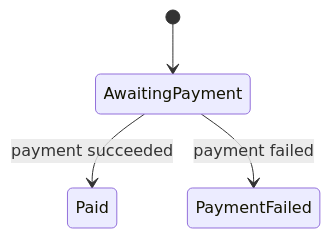
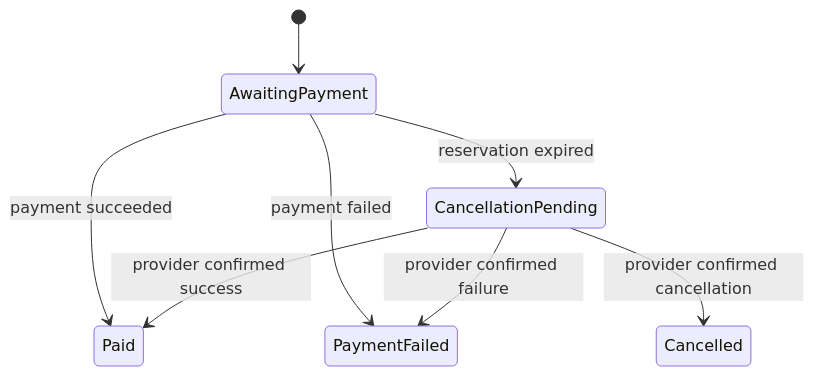
One commit to yuweiyang9611/CSharp_Implementation_of_DesignPatterns changed the sixth of 6 diagrams in labs/ReliableCheckout/README.md. Above: the diagram before and after it, drawn with Mermaid. The commit also changed other lines of this file and 77 other files, not shown here.

````diff
--- a/labs/ReliableCheckout/README.md
+++ b/labs/ReliableCheckout/README.md
@@ -239,9 +242,13 @@
 ```mermaid
 stateDiagram-v2
     state "AwaitingPayment" as A
     state "Paid" as P
     state "PaymentFailed" as F
     [*] --> A
     A --> P: payment succeeded
     A --> F: payment failed
+    A --> CancellationPending: reservation expired
+    CancellationPending --> Cancelled: provider confirmed cancellation
+    CancellationPending --> P: provider confirmed success
+    CancellationPending --> F: provider confirmed failure
 ```
````
